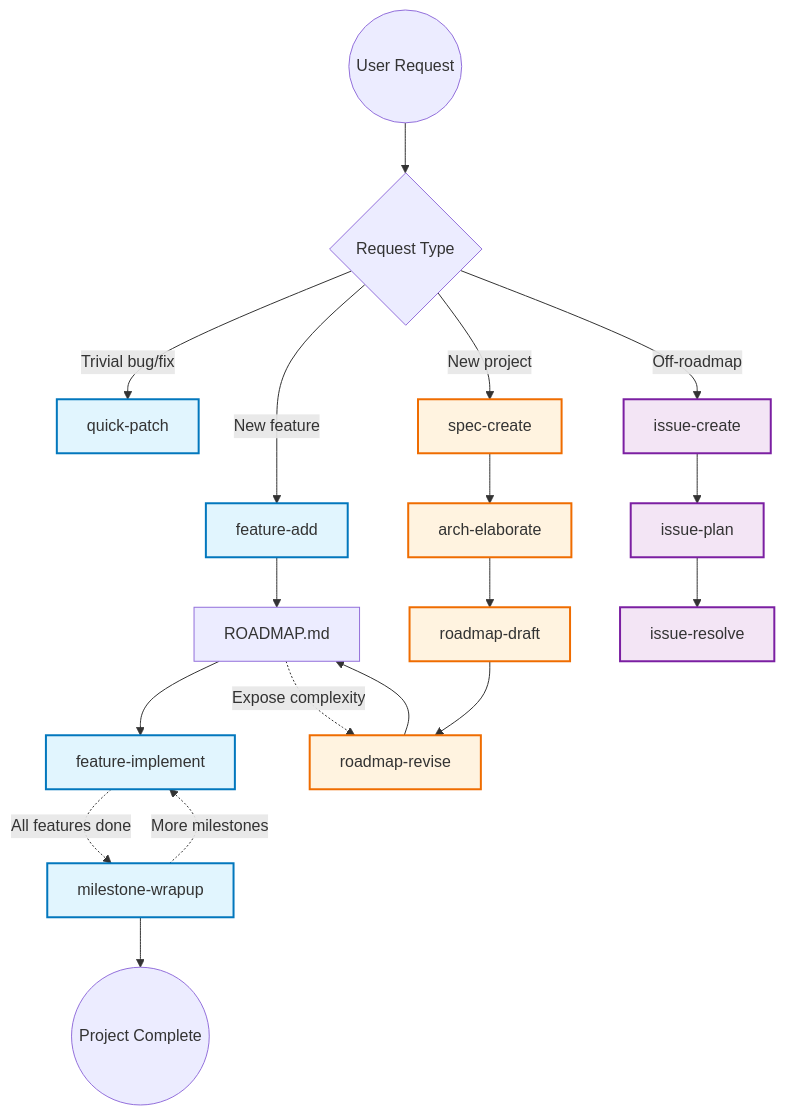
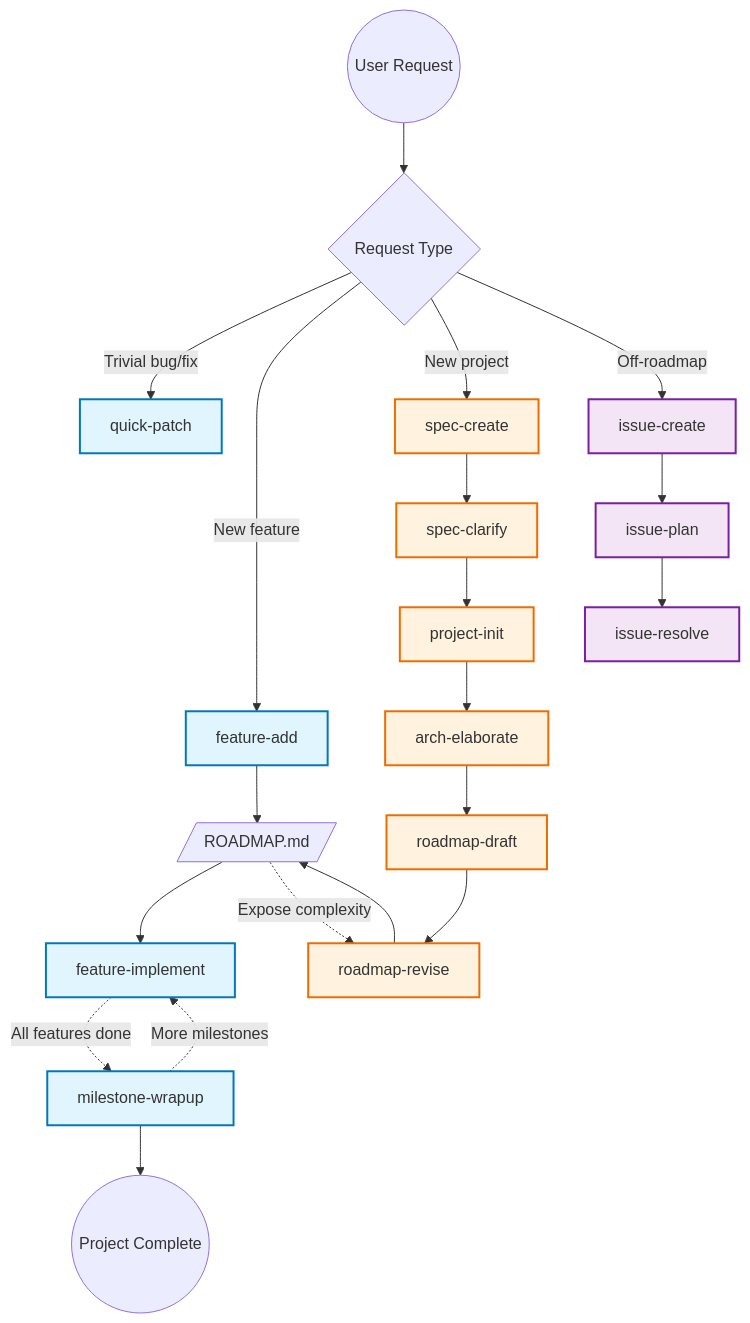
Before and after one commit to JerryAZR/atlas-toolkit: the diagram in README.md, drawn with Mermaid. The commit also changed other lines of this file and 7 other files, not shown here.

First line of the commit message:
Align Next Steps sections with workflow and fix README diagram

````diff
--- a/README.md
+++ b/README.md
@@ -50,44 +50,46 @@
 ```mermaid
 flowchart TD
     start((User Request))
 
     %% Entry points
     start --> type{Request Type}
 
     %% Trivial path
     type -->|Trivial bug/fix| quick[quick-patch]
 
     %% New feature path
     type -->|New feature| add[feature-add]
-    add --> roadmap[ROADMAP.md]
+    add --> roadmap[/ROADMAP.md/]
     roadmap --> impl[feature-implement]
 
     %% Roadmap revision
     roadmap -.->|Expose complexity| revise[roadmap-revise]
     revise --> roadmap
 
     %% Milestone completion loop
     impl -.->|All features done| wrap[milestone-wrapup]
     wrap -.->|More milestones| impl
     wrap --> projectComplete((Project Complete))
 
     %% Project setup
     type -->|New project| spec[spec-create]
-    spec --> arch[arch-elaborate]
+    spec --> clarify[spec-clarify]
+    clarify --> init[project-init]
+    init --> arch[arch-elaborate]
     arch --> draft[roadmap-draft]
     draft --> revise
 
     %% Off-roadmap full flow
     type -->|Off-roadmap| issueCreate[issue-create]
     issueCreate --> issuePlan[issue-plan]
     issuePlan --> issueResolve[issue-resolve]
 
     %% Styling
     classDef primary fill:#e1f5fe,stroke:#0277bd,stroke-width:2px
     classDef secondary fill:#fff3e0,stroke:#ef6c00,stroke-width:2px
     classDef secondaryOrder fill:#f3e5f5,stroke:#7b1fa2,stroke-width:2px
 
     class quick,add,impl,wrap primary
-    class spec,arch,draft,revise secondary
+    class spec,clarify,init,arch,draft,revise secondary
     class issueCreate,issuePlan,issueResolve secondaryOrder
 ```
````
